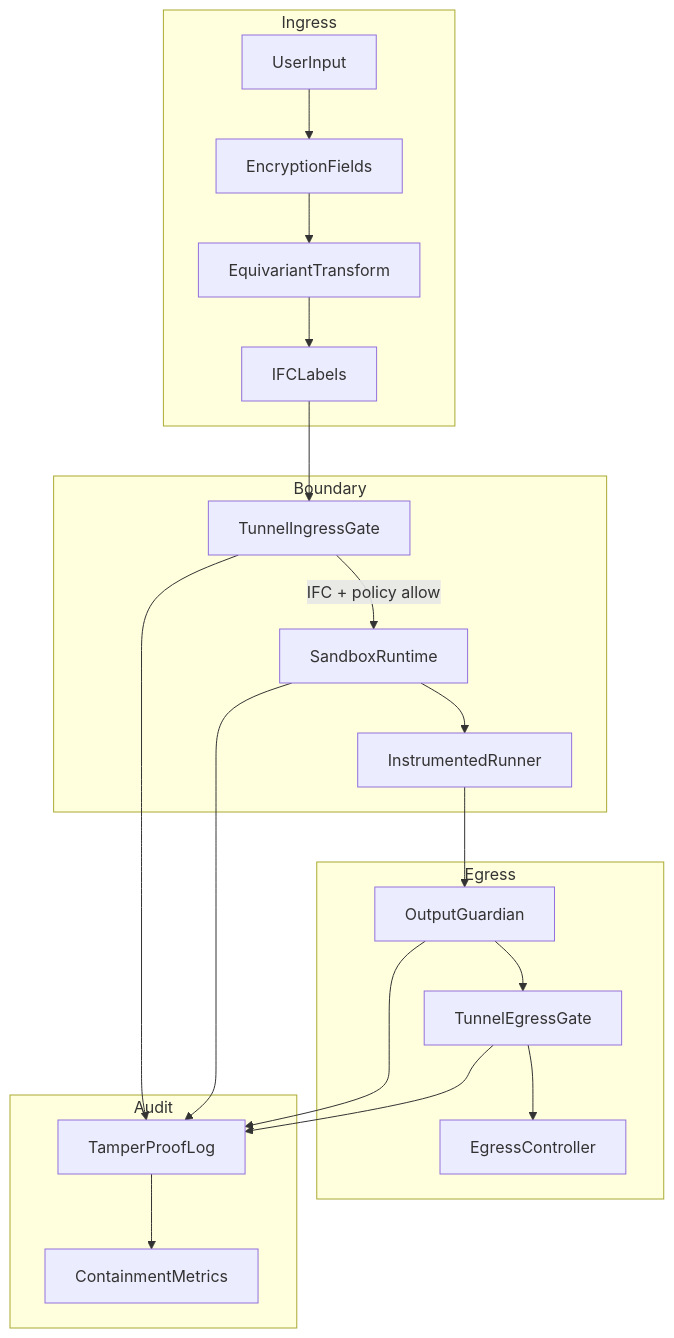
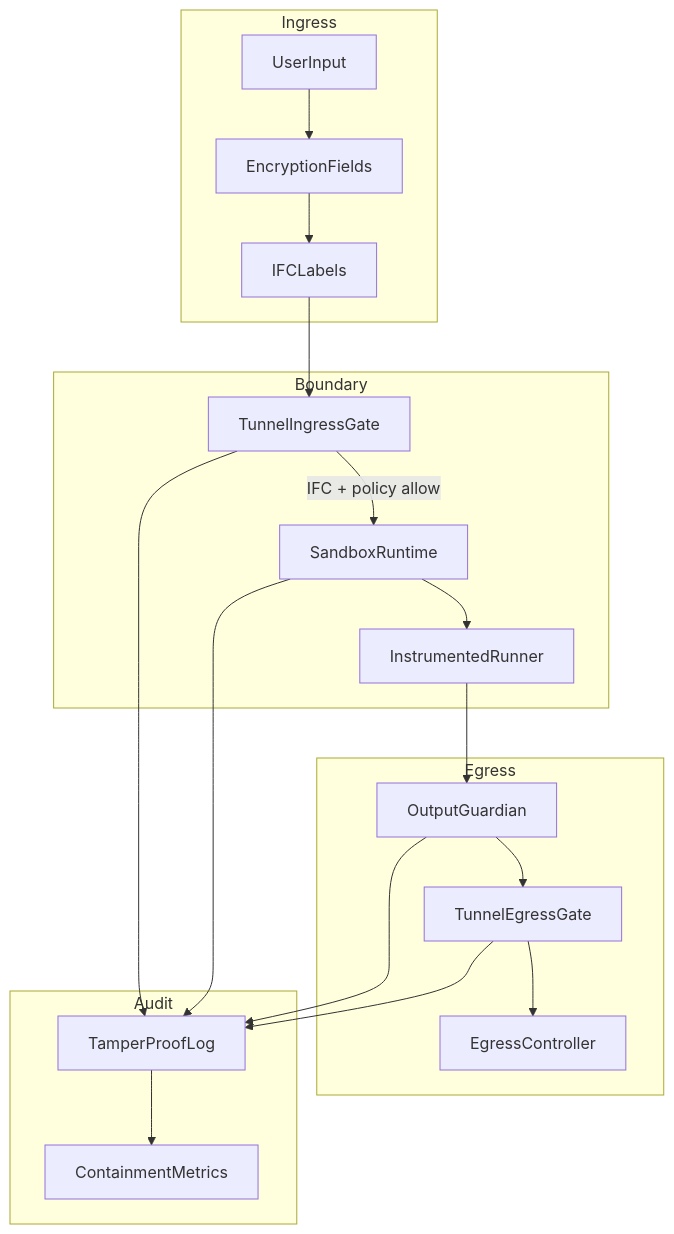
The diagram in README.md (Fratres-X-AI/A.C.E), drawn with Mermaid before and after one commit. The commit also changed other lines of this file and 14 other files, not shown here.

````diff
--- a/README.md
+++ b/README.md
@@ -19,33 +49,32 @@
 ```mermaid
 flowchart TB
     subgraph ingress [Ingress]
         Input[UserInput]
         EncFields[EncryptionFields]
-        EE[EquivariantTransform]
         Labels[IFCLabels]
     end
     subgraph boundary [Boundary]
         TunnelIn[TunnelIngressGate]
         Sandbox[SandboxRuntime]
         Runner[InstrumentedRunner]
     end
     subgraph egress [Egress]
         Guardian[OutputGuardian]
         TunnelOut[TunnelEgressGate]
         EgressCtrl[EgressController]
     end
     subgraph audit [Audit]
         Log[TamperProofLog]
         Metrics[ContainmentMetrics]
     end
-    Input --> EncFields --> EE --> Labels
+    Input --> EncFields --> Labels
     Labels --> TunnelIn
     TunnelIn -->|"IFC + policy allow"| Sandbox
     Sandbox --> Runner
     Runner --> Guardian --> TunnelOut --> EgressCtrl
     TunnelIn --> Log
     Sandbox --> Log
     Guardian --> Log
     TunnelOut --> Log
     Log --> Metrics
 ```
````
